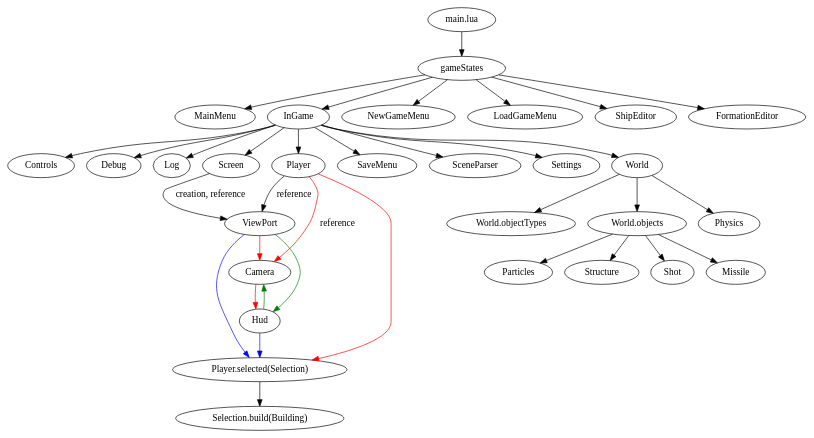
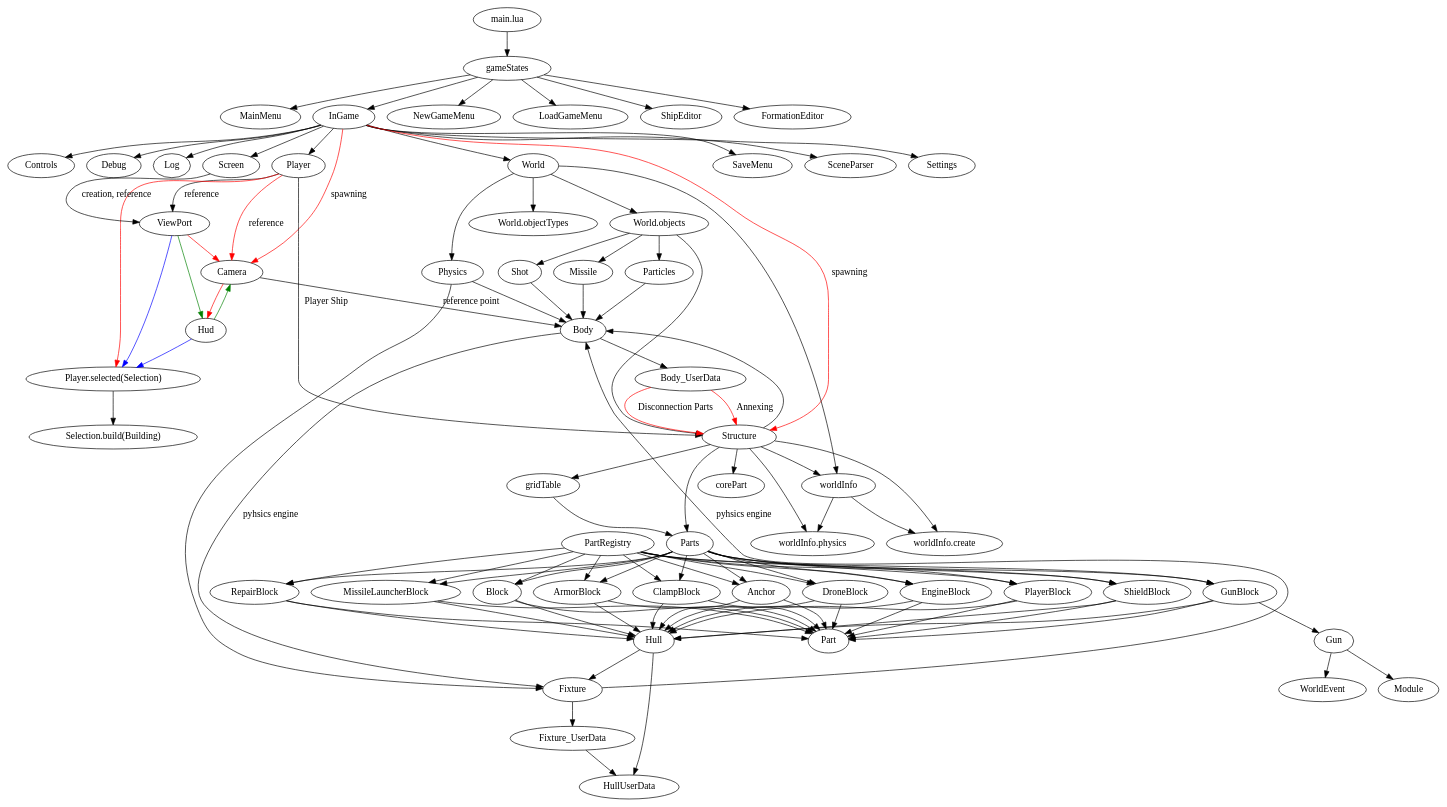
Before and after one commit to synthein/synthein: the diagram in docs/data_tree.dot, drawn with Graphviz.

Commit message:
Data tree expantion (#511)
* Add nodes to data tree

* Add more part related nodes to the data tree

```diff
--- a/docs/data_tree.dot
+++ b/docs/data_tree.dot
@@ -1,54 +1,160 @@
 digraph {
 	main [label = "main.lua"]
 	main -> gameStates
 	
 	gameStates -> MainMenu
 	gameStates -> InGame
 	gameStates -> NewGameMenu
 	gameStates -> LoadGameMenu
 	gameStates -> ShipEditor
 	gameStates -> FormationEditor
 
 	InGame -> Controls
 	InGame -> Debug
 	InGame -> Log
 	InGame -> Player
 	InGame -> SaveMenu
 	InGame -> SceneParser
 	InGame -> Screen
 	InGame -> Settings
 	InGame -> World
+	InGame -> Camera [label = "spawning" color="red"]
+	InGame -> Structure [label = "spawning" color="red"]
+	
 	
 	Player -> ViewPort [label = "reference"]
 	Player -> Camera [label = "reference" color="red"]
 	Player -> Player_selected [color="red"]
+	Player -> Structure [label = "Player Ship"]
 	
 	Player_selected [label = "Player.selected(Selection)"]
 	Player_selected -> Selection_build
 	
 	Selection_build [label = "Selection.build(Building)"]
 	
 	Screen -> ViewPort [label = "creation, reference"]
 	
 	ViewPort -> Hud [color="green"]
 	ViewPort -> Camera [color="red"]
 	ViewPort -> Player_selected [color="blue"]
 	
 	Hud -> Camera [color="green"]
 	Hud -> Player_selected [color="blue"]
 	
 	Camera -> Hud [color="red"]
+	Camera -> Body [label="reference point"]
 	
 	World -> World_objectTypes
 	World -> World_objects
 	World -> Physics
+	World -> worldInfo
+	
+	worldInfo -> worldInfo_physics
+	worldInfo -> worldInfo_create
+	
+	worldInfo_physics [label="worldInfo.physics"]
+	worldInfo_create [label="worldInfo.create"]
 	
 	World_objectTypes [label = "World.objectTypes"]
 	
 	World_objects [label = "World.objects"]
 	World_objects -> Structure
 	World_objects -> Shot
 	World_objects -> Missile
 	World_objects -> Particles
 	
+	Structure
+	Structure -> worldInfo
+	Structure -> worldInfo_physics
+	Structure -> worldInfo_create
+	Structure -> corePart
+	Structure -> gridTable
+	Structure -> Body
+	Structure -> Parts
+	
+	gridTable -> Parts
+	
+	PartRegistry -> Block
+	PartRegistry -> EngineBlock
+	PartRegistry -> GunBlock
+	PartRegistry -> DroneBlock
+	PartRegistry -> PlayerBlock
+	PartRegistry -> Anchor
+	PartRegistry -> ArmorBlock
+	PartRegistry -> ShieldBlock
+	PartRegistry -> RepairBlock
+	PartRegistry -> MissileLauncherBlock
+	PartRegistry -> ClampBlock
+	
+	Parts -> Block
+	Parts -> EngineBlock
+	Parts -> GunBlock
+	Parts -> DroneBlock
+	Parts -> PlayerBlock
+	Parts -> Anchor
+	Parts -> ArmorBlock
+	Parts -> ShieldBlock
+	Parts -> RepairBlock
+	Parts -> MissileLauncherBlock
+	Parts -> ClampBlock
+	
+	Block -> Part
+	Block -> Hull
+	
+	EngineBlock -> Part
+	EngineBlock -> Hull
+	
+	GunBlock -> Part
+	GunBlock -> Hull
+	GunBlock -> Gun
+	
+	Gun -> Module
+	Gun -> WorldEvent
+	
+	DroneBlock -> Part
+	DroneBlock -> Hull
+	
+	PlayerBlock -> Part
+	PlayerBlock -> Hull
+	
+	Anchor -> Part
+	Anchor -> Hull
+	
+	ArmorBlock -> Part
+	ArmorBlock -> Hull
+	
+	ShieldBlock -> Part
+	ShieldBlock -> Hull
+	
+	RepairBlock -> Part
+	RepairBlock -> Hull
+	
+	MissileLauncherBlock -> Part 
+	MissileLauncherBlock -> Hull
+	
+	ClampBlock -> Part
+	ClampBlock -> Hull
+	
+	Hull -> Fixture
+	Hull -> HullUserData
+	
+	Shot -> Body
+	Missile -> Body
+	Particles -> Body
+	
+	Physics -> Body
+	Physics -> Fixture
+	
+	Body -> Fixture [label = "pyhsics engine"]
+	Body -> Body_UserData
+	
+	Body_UserData -> Structure [label = "Annexing" color="red"]
+	Body_UserData -> Structure [label = "Disconnection Parts" color="red"]
+
+	Fixture -> Body [label = "pyhsics engine"]
+	Fixture -> Fixture_UserData
+	
+	Fixture_UserData -> HullUserData
+	
+	
 }
```
